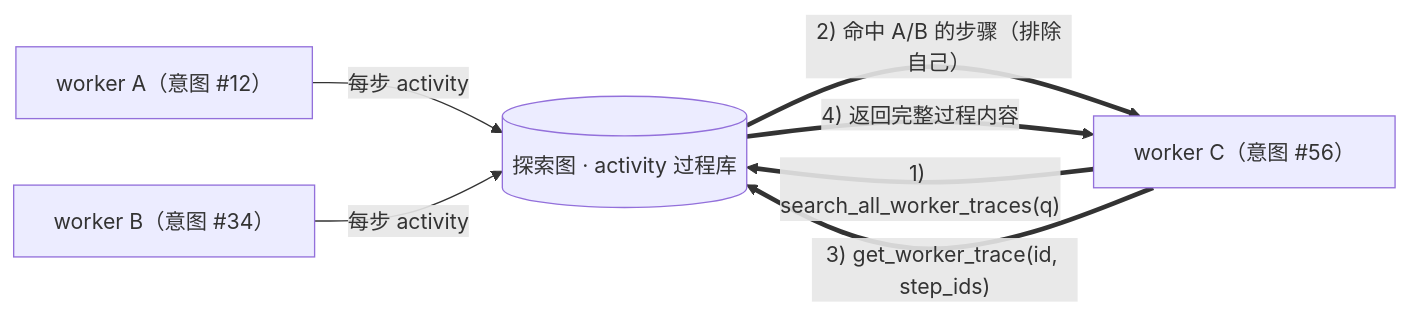
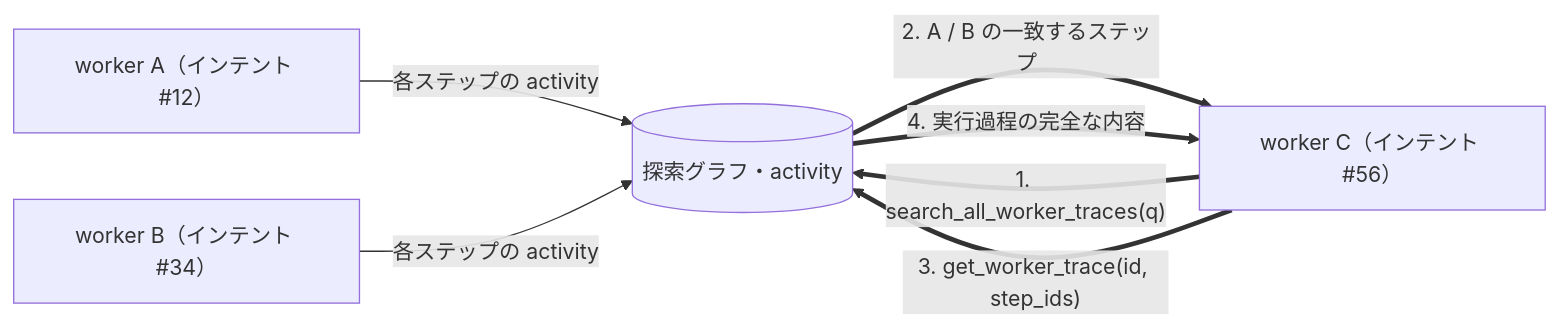
One commit to hara-kazu/ARTEX-Japanese changed the fourth of 5 diagrams in README.md. Above: the diagram before and after it, drawn with Mermaid. The commit also changed other lines of this file and 139 other files, not shown here.

````diff
--- a/README.md
+++ b/README.md
@@ -432,9 +495,9 @@
 ```mermaid
 flowchart LR
-  WA["worker A（意图 #12）"] -->|"每步 activity"| ACT[("探索图 · activity 过程库")]
-  WB["worker B（意图 #34）"] -->|"每步 activity"| ACT
-  WC["worker C（意图 #56）"] ==>|"1) search_all_worker_traces(q)"| ACT
-  ACT ==>|"2) 命中 A/B 的步骤（排除自己）"| WC
-  WC ==>|"3) get_worker_trace(id, step_ids)"| ACT
-  ACT ==>|"4) 返回完整过程内容"| WC
+  WA["worker A（インテント #12）"] -->|"各ステップの activity"| ACT[("探索グラフ・activity")]
+  WB["worker B（インテント #34）"] -->|"各ステップの activity"| ACT
+  WC["worker C（インテント #56）"] ==>|"1. search_all_worker_traces(q)"| ACT
+  ACT ==>|"2. A / B の一致するステップ"| WC
+  WC ==>|"3. get_worker_trace(id, step_ids)"| ACT
+  ACT ==>|"4. 実行過程の完全な内容"| WC
 ```
````
